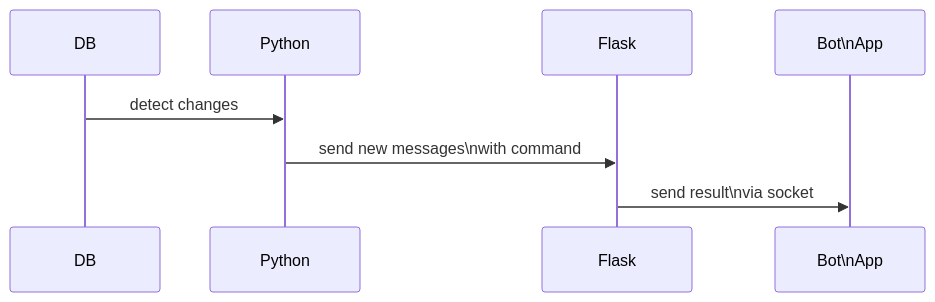
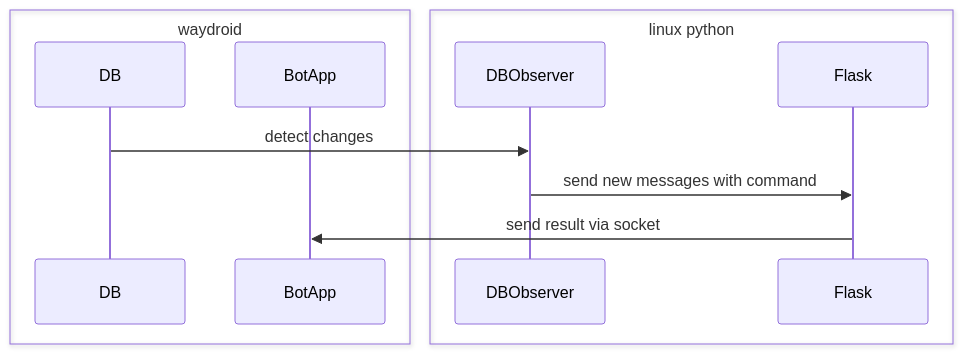
The diagram in README.md (dolidolih/PyKakaoDBBot), drawn with Mermaid before and after one commit.

````diff
--- a/README.md
+++ b/README.md
@@ -66,6 +66,14 @@
 ```mermaid
 sequenceDiagram
-    DB->>Python: detect changes
-    Python->>Flask: send new messages\nwith command
-    Flask->>Bot\nApp:send result\nvia socket
+    box waydroid
+    participant DB
+    participant BotApp
+    end
+    box linux python
+    participant DBObserver
+    participant Flask
+    end
+    DB->>DBObserver: detect changes
+    DBObserver->>Flask: send new messages with command
+    Flask->>BotApp:send result via socket
 ```
````
